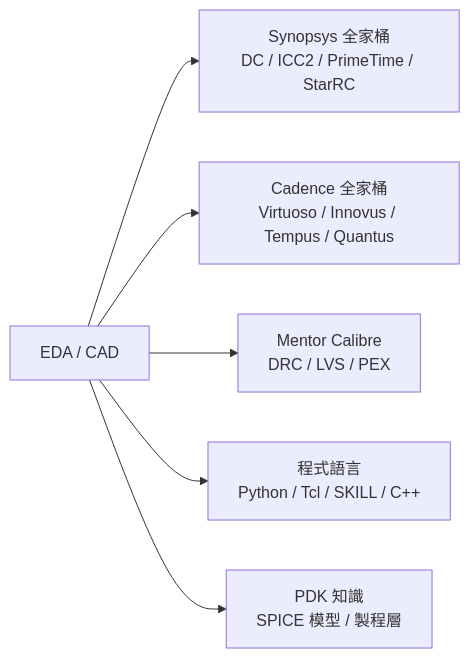
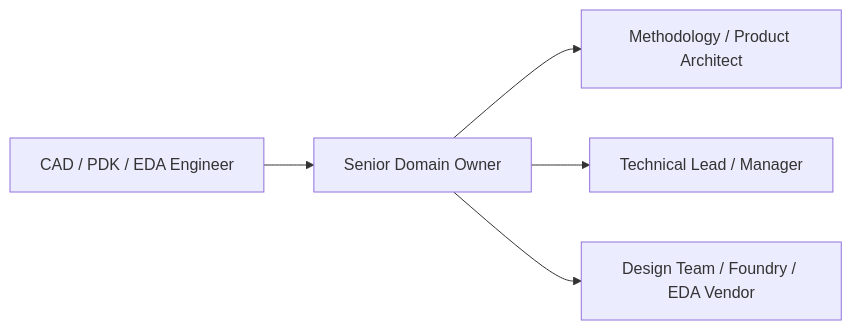
The second of 2 diagrams in docs/semi-jobs/05-eda-cad.md (wizardhsiehcom/book), drawn with Mermaid before and after one commit. The commit also changed other lines of this file and 5 other files, not shown here.

````diff
--- a/docs/semi-jobs/05-eda-cad.md
+++ b/docs/semi-jobs/05-eda-cad.md
@@ -31,8 +86,7 @@
 ```mermaid
-graph LR
-    EDA["EDA / CAD"] --> T1["Synopsys 全家桶<br/>DC / ICC2 / PrimeTime / StarRC"]
-    EDA --> T2["Cadence 全家桶<br/>Virtuoso / Innovus / Tempus / Quantus"]
-    EDA --> T3["Mentor Calibre<br/>DRC / LVS / PEX"]
-    EDA --> T4["程式語言<br/>Python / Tcl / SKILL / C++"]
-    EDA --> T5["PDK 知識<br/>SPICE 模型 / 製程層"]
+flowchart LR
+    J["CAD / PDK / EDA Engineer"] --> S["Senior Domain Owner"]
+    S --> A["Methodology / Product Architect"]
+    S --> L["Technical Lead / Manager"]
+    S --> X["Design Team / Foundry / EDA Vendor"]
 ```
````
